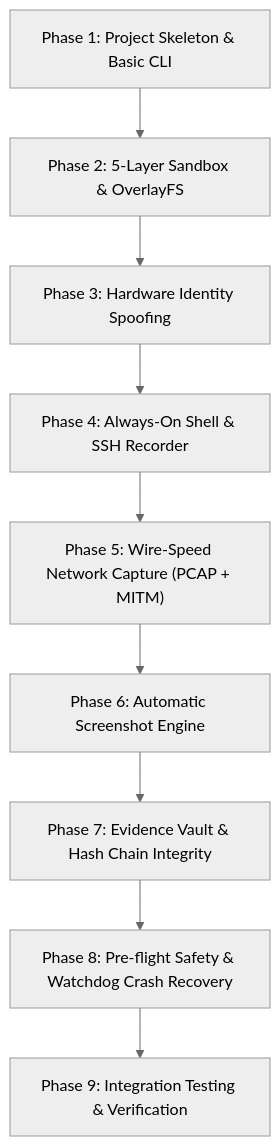
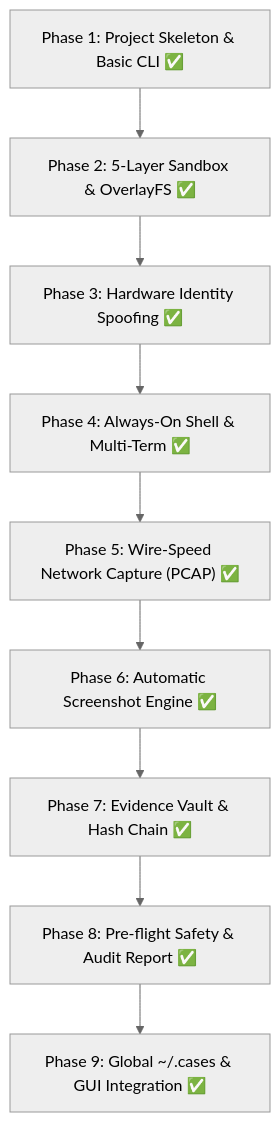
One commit to tuhin-su/volt changed the diagram in TASKS.md. Above: the diagram before and after it, drawn with Mermaid (neutral theme). The commit also changed other lines of this file and 19 other files, not shown here.

First line of the commit message:
fix(core): enable global ~/.cases storage, GUI app support, and non-root builds

````diff
--- a/TASKS.md
+++ b/TASKS.md
@@ -9,11 +9,11 @@
 ```mermaid
 flowchart TD
-    P1["Phase 1: Project Skeleton & Basic CLI"] --> P2["Phase 2: 5-Layer Sandbox & OverlayFS"]
-    P2 --> P3["Phase 3: Hardware Identity Spoofing"]
-    P3 --> P4["Phase 4: Always-On Shell & SSH Recorder"]
-    P4 --> P5["Phase 5: Wire-Speed Network Capture (PCAP + MITM)"]
-    P5 --> P6["Phase 6: Automatic Screenshot Engine"]
-    P6 --> P7["Phase 7: Evidence Vault & Hash Chain Integrity"]
-    P7 --> P8["Phase 8: Pre-flight Safety & Watchdog Crash Recovery"]
-    P8 --> P9["Phase 9: Integration Testing & Verification"]
+    P1["Phase 1: Project Skeleton & Basic CLI ✅"] --> P2["Phase 2: 5-Layer Sandbox & OverlayFS ✅"]
+    P2 --> P3["Phase 3: Hardware Identity Spoofing ✅"]
+    P3 --> P4["Phase 4: Always-On Shell & Multi-Term ✅"]
+    P4 --> P5["Phase 5: Wire-Speed Network Capture (PCAP) ✅"]
+    P5 --> P6["Phase 6: Automatic Screenshot Engine ✅"]
+    P6 --> P7["Phase 7: Evidence Vault & Hash Chain ✅"]
+    P7 --> P8["Phase 8: Pre-flight Safety & Audit Report ✅"]
+    P8 --> P9["Phase 9: Global ~/.cases & GUI Integration ✅"]
 ```
````
